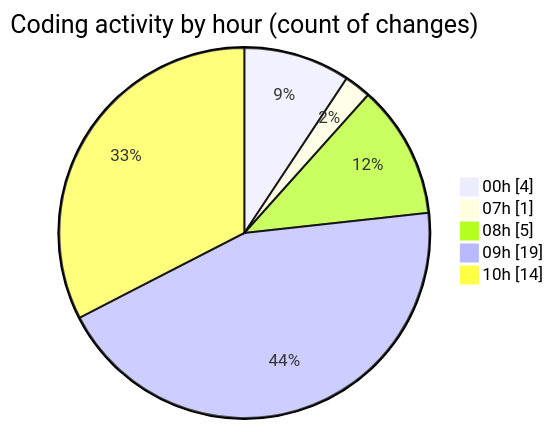
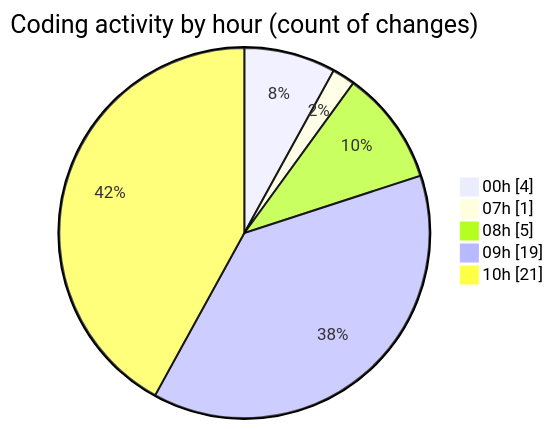
Before and after one commit to Elitesun/code-tracking: the second of 2 diagrams in 2025-05-08/niten/README.md, drawn with Mermaid. The commit also changed other lines of this file and 1 other file, not shown here.

````diff
--- a/2025-05-08/niten/README.md
+++ b/2025-05-08/niten/README.md
@@ -41,9 +41,9 @@
 ```mermaid
 pie showData
 title Coding activity by hour (count of changes)
 "00h" : 4
 "07h" : 1
 "08h" : 5
 "09h" : 19
-"10h" : 14
+"10h" : 21
 ```
````
